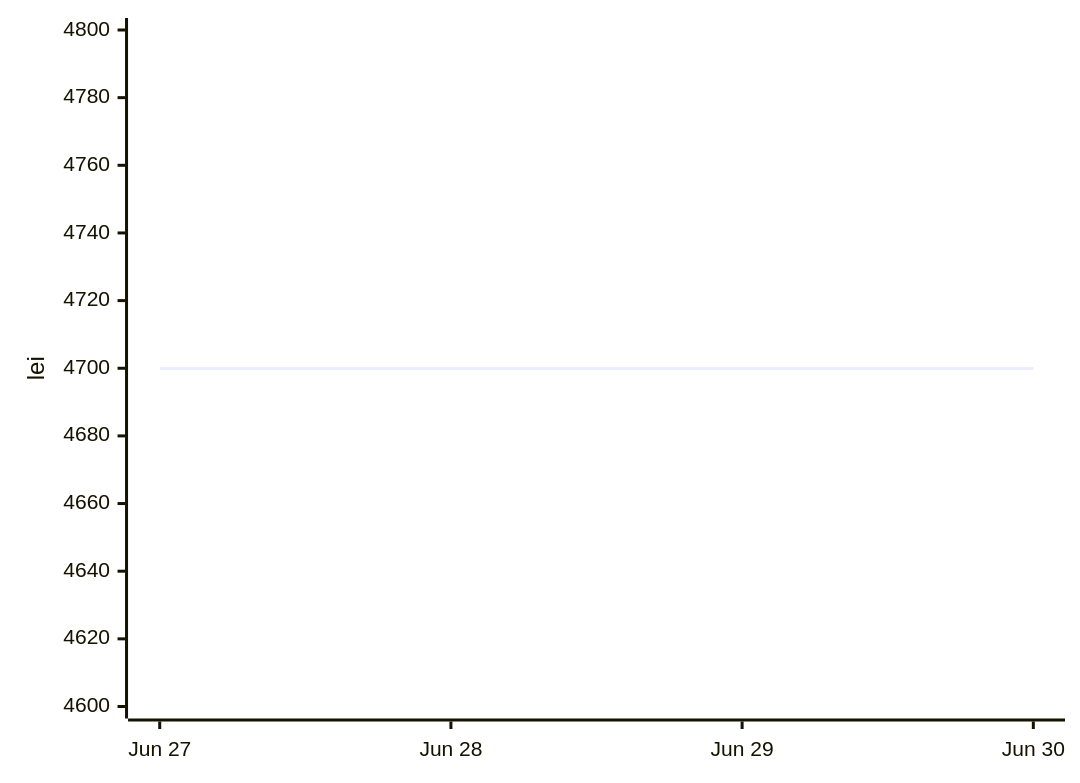
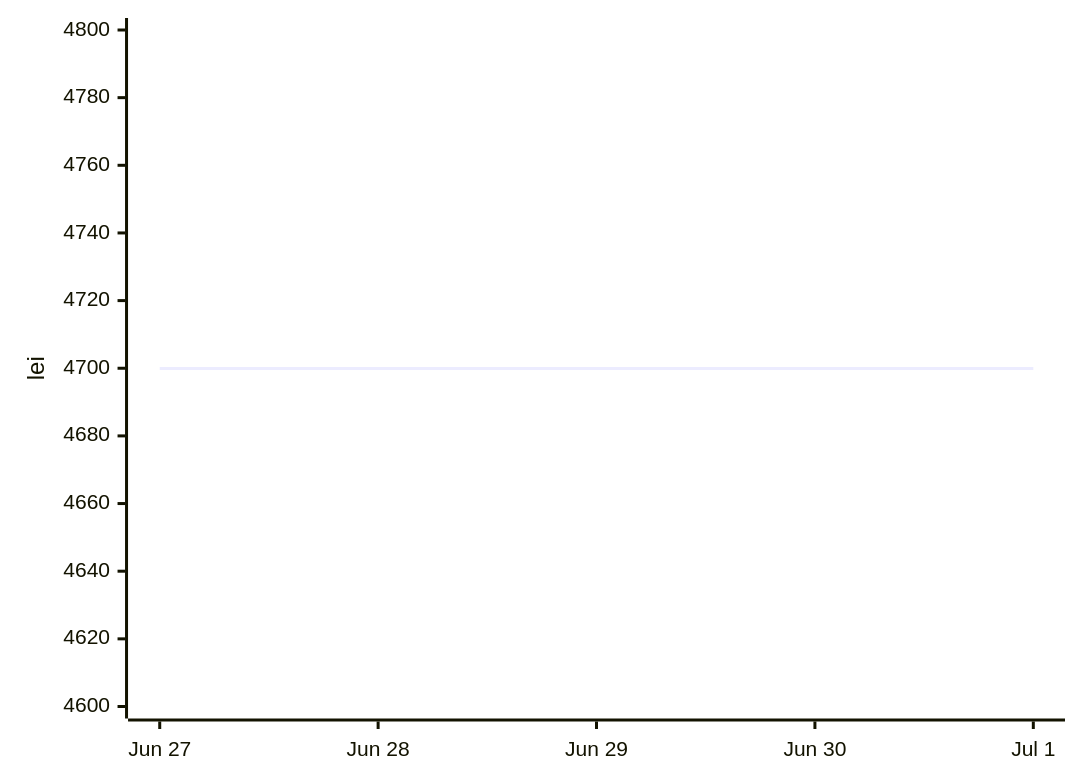
The first of 2 diagrams in README.md (anagheioan/laptop-price-monitor), drawn with Mermaid before and after one commit. The commit also changed other lines of this file and 1 other file, not shown here.

Commit message:
Price check 2026-07-01

````diff
--- a/README.md
+++ b/README.md
@@ -21,6 +21,6 @@
 ```mermaid
 xychart-beta
-    x-axis ["Jun 27", "Jun 28", "Jun 29", "Jun 30"]
+    x-axis ["Jun 27", "Jun 28", "Jun 29", "Jun 30", "Jul 1"]
     y-axis "lei" 4600 --> 4800
-    line [4699.9, 4699.9, 4699.9, 4699.9]
+    line [4699.9, 4699.9, 4699.9, 4699.9, 4699.9]
 ```
````
